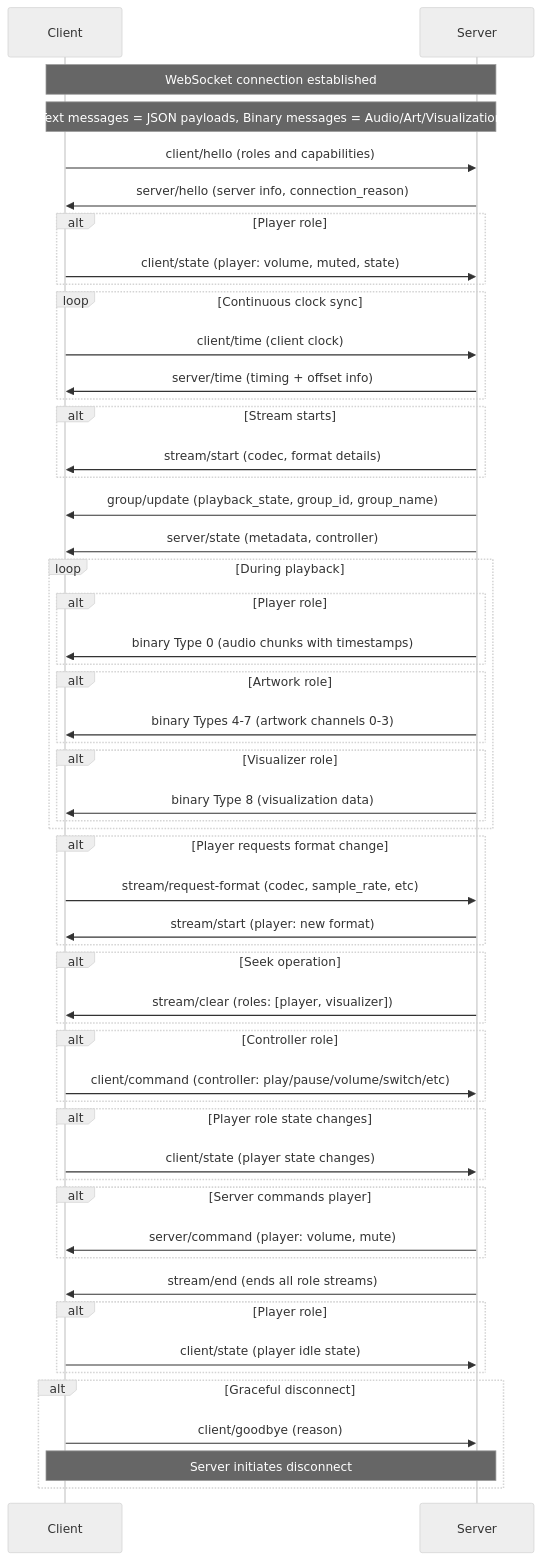
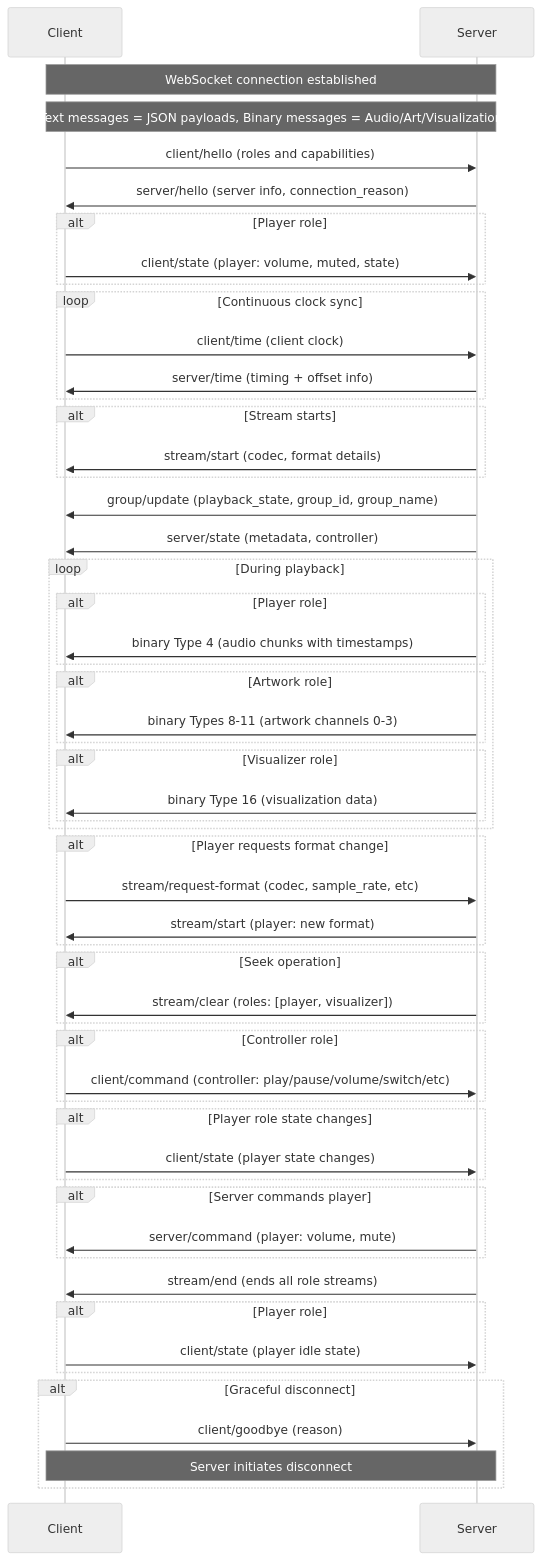
Before and after one commit to Resonate-Protocol/spec: the diagram in README.md, drawn with Mermaid (neutral theme). The commit also changed other lines of this file, not shown here.

Commit message:
Reserve binary message IDs 0-3 and expand visualizer to 8 IDs

````diff
--- a/README.md
+++ b/README.md
@@ -175,71 +177,71 @@
 ```mermaid
 sequenceDiagram
     participant Client
     participant Server
 
     Note over Client,Server: WebSocket connection established
 
     Note over Client,Server: Text messages = JSON payloads, Binary messages = Audio/Art/Visualization
 
     Client->>Server: client/hello (roles and capabilities)
     Server->>Client: server/hello (server info, connection_reason)
 
     alt Player role
         Client->>Server: client/state (player: volume, muted, state)
     end
 
     loop Continuous clock sync
         Client->>Server: client/time (client clock)
         Server->>Client: server/time (timing + offset info)
     end
 
     alt Stream starts
         Server->>Client: stream/start (codec, format details)
     end
 
     Server->>Client: group/update (playback_state, group_id, group_name)
     Server->>Client: server/state (metadata, controller)
 
     loop During playback
         alt Player role
-            Server->>Client: binary Type 0 (audio chunks with timestamps)
+            Server->>Client: binary Type 4 (audio chunks with timestamps)
         end
         alt Artwork role
-            Server->>Client: binary Types 4-7 (artwork channels 0-3)
+            Server->>Client: binary Types 8-11 (artwork channels 0-3)
         end
         alt Visualizer role
-            Server->>Client: binary Type 8 (visualization data)
+            Server->>Client: binary Type 16 (visualization data)
         end
     end
 
     alt Player requests format change
         Client->>Server: stream/request-format (codec, sample_rate, etc)
         Server->>Client: stream/start (player: new format)
     end
 
     alt Seek operation
         Server->>Client: stream/clear (roles: [player, visualizer])
     end
 
     alt Controller role
         Client->>Server: client/command (controller: play/pause/volume/switch/etc)
     end
 
     alt Player role state changes
         Client->>Server: client/state (player state changes)
     end
 
     alt Server commands player
         Server->>Client: server/command (player: volume, mute)
     end
 
     Server->>Client: stream/end (ends all role streams)
     alt Player role
         Client->>Server: client/state (player idle state)
     end
 
     alt Graceful disconnect
         Client->>Server: client/goodbye (reason)
         Note over Client,Server: Server initiates disconnect
     end
 ```
````
